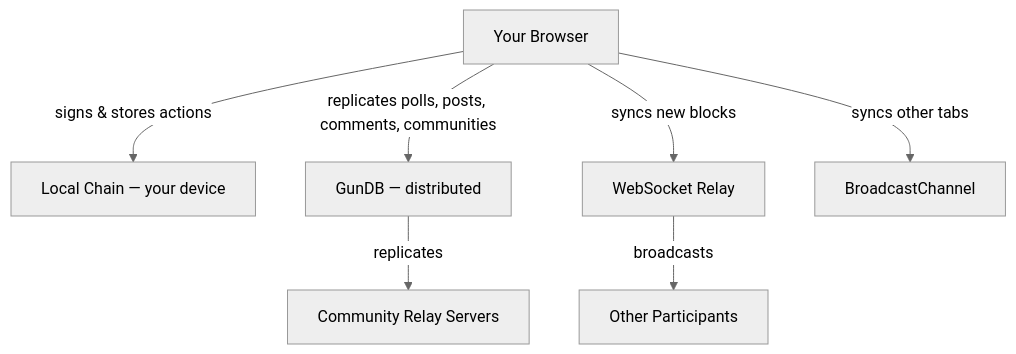
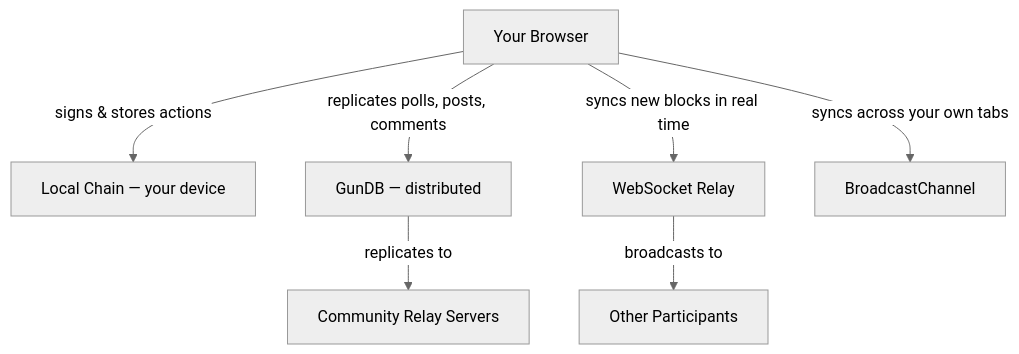
One commit to Interpoll1/decentralised changed the first of 2 diagrams in README.md. Above: the diagram before and after it, drawn with Mermaid (neutral theme). The commit also changed other lines of this file and 4 other files, not shown here.

````diff
--- a/README.md
+++ b/README.md
@@ -65,9 +41,9 @@
 ```mermaid
 graph TD
     A[Your Browser] -->|signs & stores actions| B[Local Chain — your device]
-    A -->|replicates polls, posts, comments, communities| C[GunDB — distributed]
-    A -->|syncs new blocks| D[WebSocket Relay]
-    A -->|syncs other tabs| E[BroadcastChannel]
-    D -->|broadcasts| F[Other Participants]
-    C -->|replicates| G[Community Relay Servers]
+    A -->|replicates polls, posts, comments| C[GunDB — distributed]
+    A -->|syncs new blocks in real time| D[WebSocket Relay]
+    A -->|syncs across your own tabs| E[BroadcastChannel]
+    D -->|broadcasts to| F[Other Participants]
+    C -->|replicates to| G[Community Relay Servers]
 ```
````
